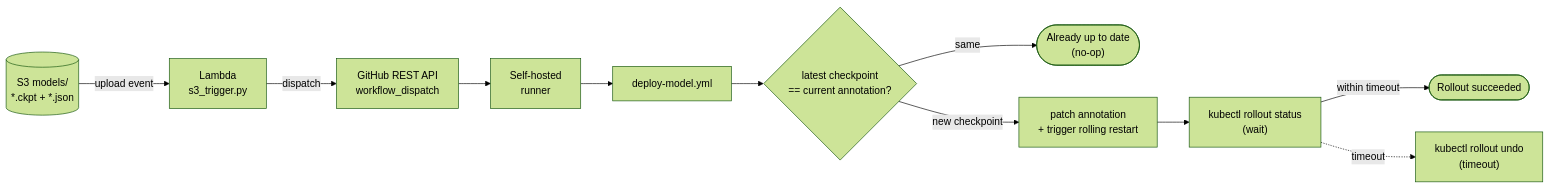
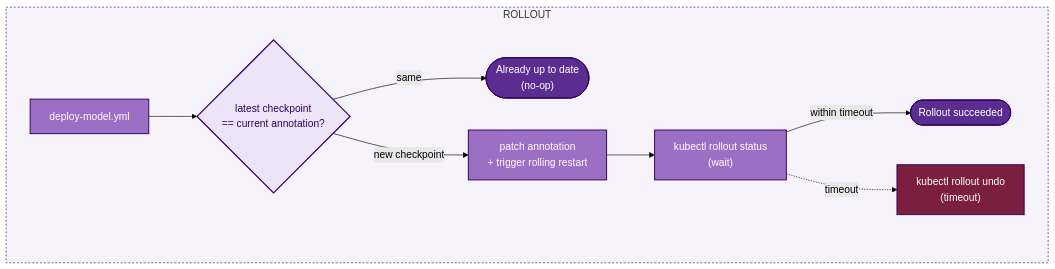
One commit to karmakaryx/follow-the-orbit-rabbit changed the second of 3 diagrams in README_KR.md. Above: the diagram before and after it, drawn with Mermaid (forest theme). The commit also changed other lines of this file and 1 other file, not shown here.

Commit message:
docs: add mermaid charts

````diff
--- a/README_KR.md
+++ b/README_KR.md
@@ -108,25 +131,31 @@
 ```mermaid
 flowchart LR
-    S3M[("S3 models/<br/>*.ckpt + *.json")]
-    TRIG["Lambda<br/>s3_trigger.py"]
-    GHAPI["GitHub REST API<br/>workflow_dispatch"]
-    RUNNER["Self-hosted<br/>runner"]
-    WORKFLOW["deploy-model.yml"]
-    COMPARE{"latest checkpoint<br/>== current annotation?"}
-    SKIP(["Already up to date<br/>(no-op)"])
-    PATCH["patch annotation<br/>+ trigger rolling restart"]
-    WAIT["kubectl rollout status<br/>(wait)"]
-    SUCCESS(["Rollout succeeded"])
-    ROLLBACK["kubectl rollout undo<br/>(timeout)"]
+    classDef process fill:#9b6fc4,stroke:#330066,stroke-width:1.5px,color:#ffffff;
+    classDef decision fill:#ede4f7,stroke:#330066,stroke-width:2px,color:#330066;
+    classDef terminal fill:#5c2d91,stroke:#330066,stroke-width:1.5px,color:#ffffff;
+    classDef alert fill:#7a1f3d,stroke:#330066,stroke-width:1.5px,color:#ffffff;
 
-    S3M -->|upload event| TRIG
-    TRIG -->|dispatch| GHAPI
-    GHAPI --> RUNNER
-    RUNNER --> WORKFLOW
-    WORKFLOW --> COMPARE
-    COMPARE -->|same| SKIP
-    COMPARE -->|new checkpoint| PATCH
-    PATCH --> WAIT
-    WAIT -->|within timeout| SUCCESS
-    WAIT -.->|timeout| ROLLBACK
+    subgraph bottom["ROLLOUT"]
+        direction LR
+        WORKFLOW["deploy-model.yml"]
+        COMPARE{"latest checkpoint<br/>== current annotation?"}
+        SKIP(["Already up to date<br/>(no-op)"])
+        PATCH["patch annotation<br/>+ trigger rolling restart"]
+        WAIT["kubectl rollout status<br/>(wait)"]
+        SUCCESS(["Rollout succeeded"])
+        ROLLBACK["kubectl rollout undo<br/>(timeout)"]
+
+        WORKFLOW --> COMPARE
+        COMPARE -->|same| SKIP
+        COMPARE -->|new checkpoint| PATCH
+        PATCH --> WAIT
+        WAIT -->|within timeout| SUCCESS
+        WAIT -.->|timeout| ROLLBACK
+    end
+
+    class WORKFLOW,PATCH,WAIT process
+    class COMPARE decision
+    class SUCCESS,SKIP terminal
+    class ROLLBACK alert
+    style bottom fill:#f7f3fb,stroke:#330066,stroke-width:1px,stroke-dasharray: 3 3
 ```
````
